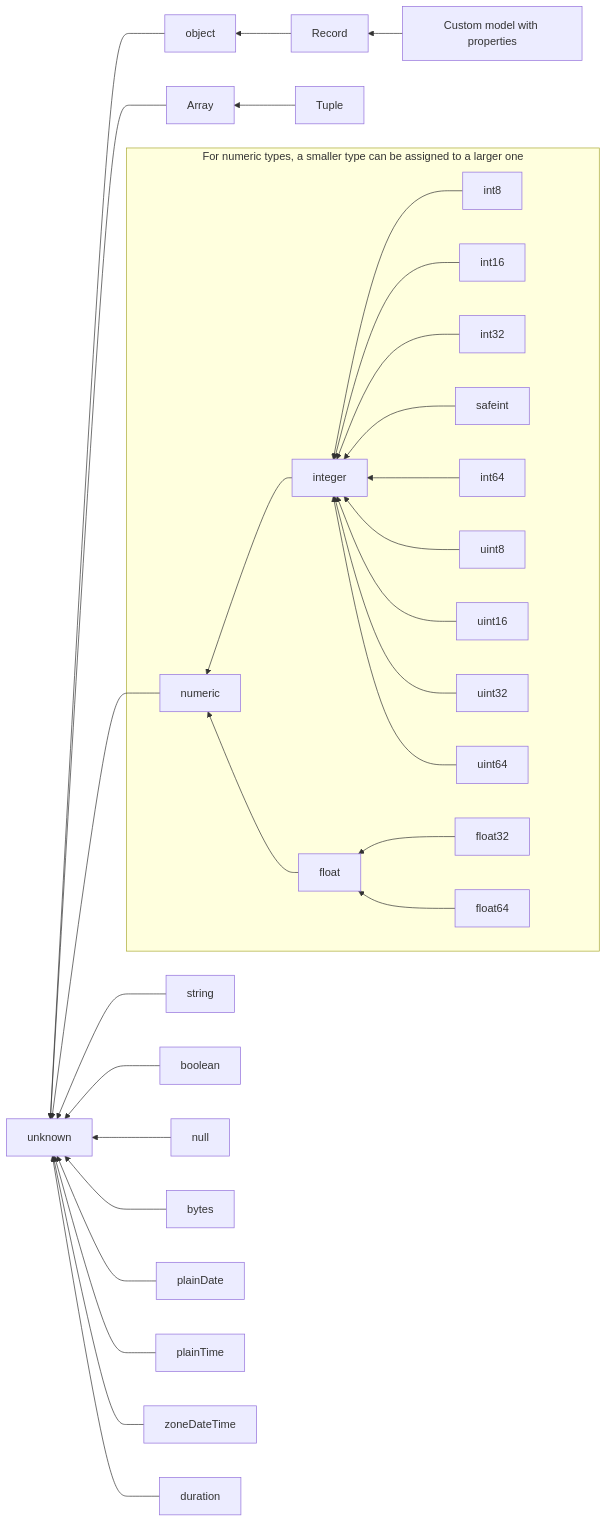
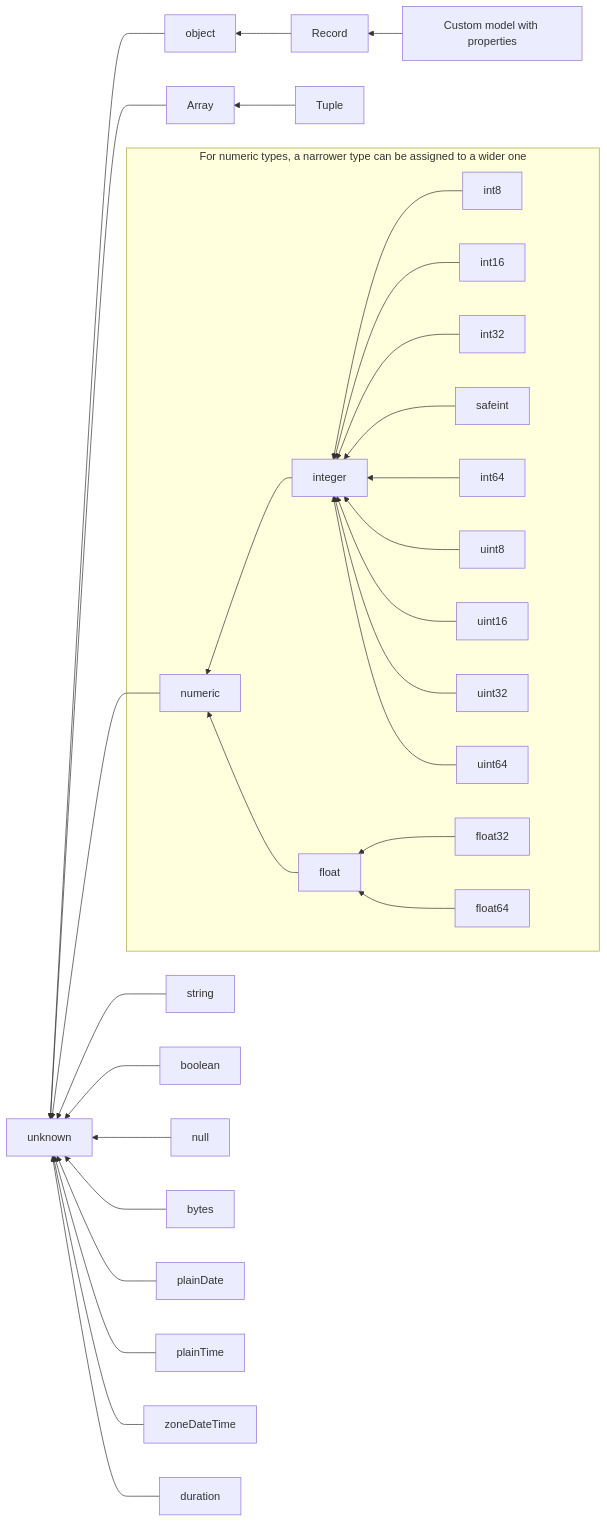
One commit to microsoft/typespec changed the diagram in docs/type-relations.md. Above: the diagram before and after it, drawn with Mermaid. The commit also changed other lines of this file and 4 other files, not shown here.

````diff
--- a/docs/type-relations.md
+++ b/docs/type-relations.md
@@ -5,32 +5,32 @@
 ```mermaid
 graph RL
     object --> unknown
     record["Record<T>"] --> object
     customModel["Custom model with properties"] --> record["Record<T>"]
     array["Array<T>"] --> unknown
     tuple["Tuple"] --> array
     numeric --> unknown
-    subgraph numerics[For numeric types, a smaller type can be assigned to a larger one]
+    subgraph numerics[For numeric types, a narrower type can be assigned to a wider one]
       integer --> numeric
         int8 --> integer
         int16 --> integer
         int32 --> integer
         safeint --> integer
         int64 --> integer
         uint8 --> integer
         uint16 --> integer
         uint32 --> integer
         uint64 --> integer
       float --> numeric
         float32 --> float
         float64 -->  float
     end
     string --> unknown
     boolean --> unknown
     null --> unknown
     bytes --> unknown
     plainDate --> unknown
     plainTime --> unknown
     zoneDateTime --> unknown
     duration --> unknown
 ```
````
